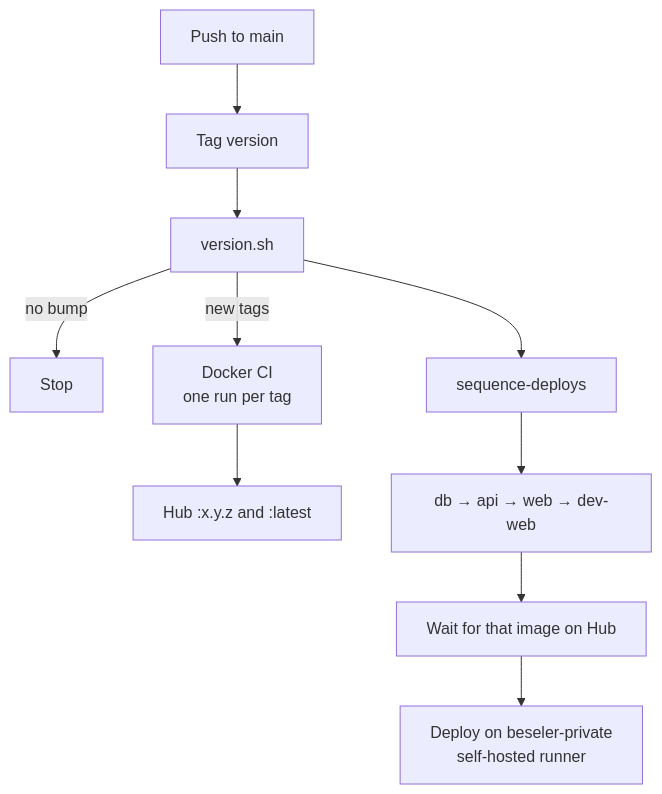
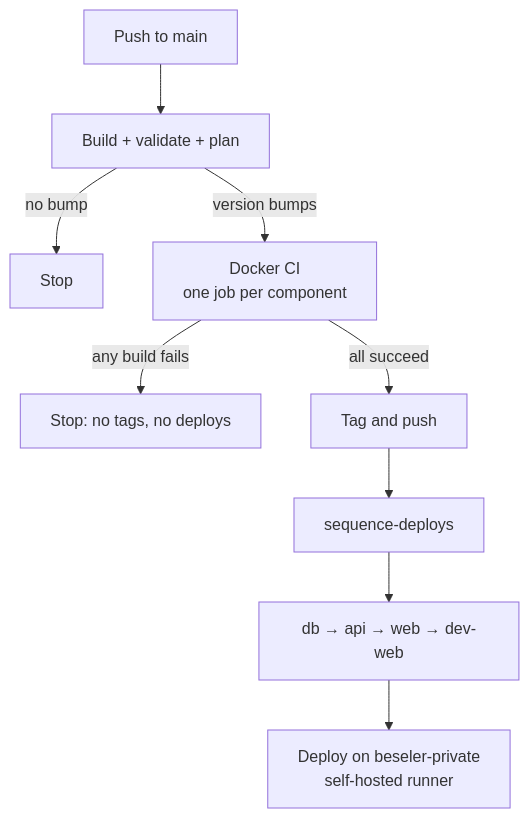
Before and after one commit to abeseler/beseler.sites: the diagram in README.md, drawn with Mermaid. The commit also changed other lines of this file and 6 other files, not shown here.

````diff
--- a/README.md
+++ b/README.md
@@ -71,12 +71,11 @@
 ```mermaid
 flowchart TD
-  push["Push to main"] --> tagver["Tag version"]
-  tagver --> versionsh["version.sh"]
-  versionsh -->|"no bump"| stop["Stop"]
-  versionsh -->|"new tags"| doci["Docker CI<br/>one run per tag"]
-  versionsh --> seq["sequence-deploys"]
-  doci --> hub["Hub :x.y.z and :latest"]
+  push["Push to main"] --> prepare["Build + validate + plan"]
+  prepare -->|"no bump"| stop["Stop"]
+  prepare -->|"version bumps"| images["Docker CI<br/>one job per component"]
+  images -->|"any build fails"| fail["Stop: no tags, no deploys"]
+  images -->|"all succeed"| tag["Tag and push"]
+  tag --> seq["sequence-deploys"]
   seq --> order["db → api → web → dev-web"]
-  order --> wait["Wait for that image on Hub"]
-  wait --> deploy["Deploy on beseler-private<br/>self-hosted runner"]
+  order --> deploy["Deploy on beseler-private<br/>self-hosted runner"]
 ```
````
